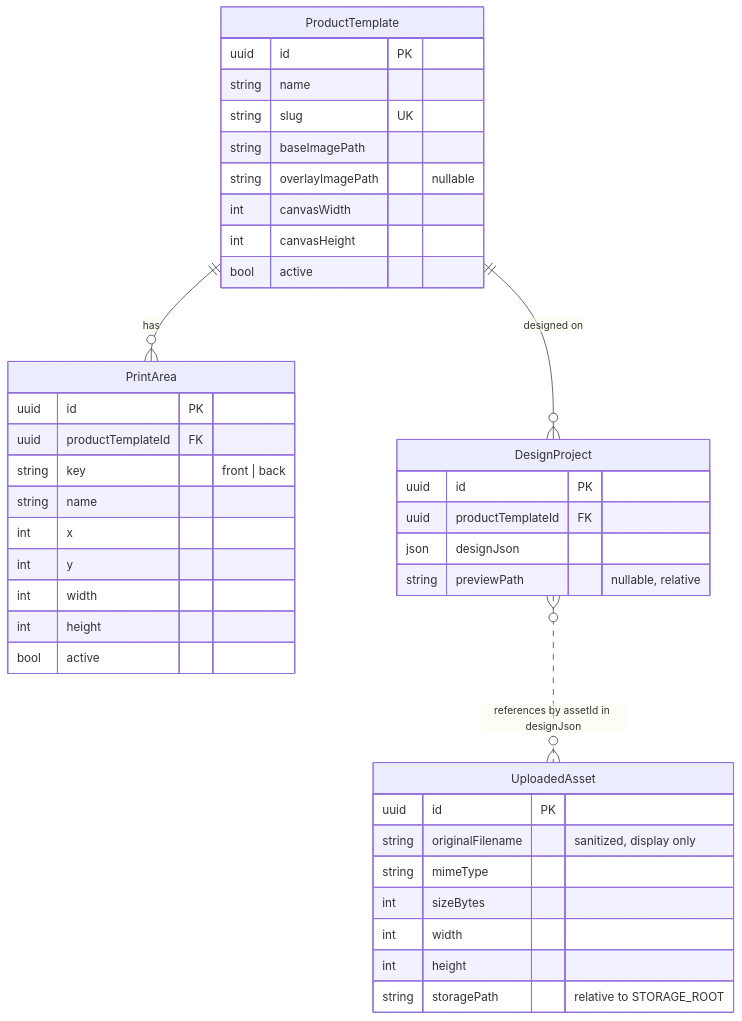
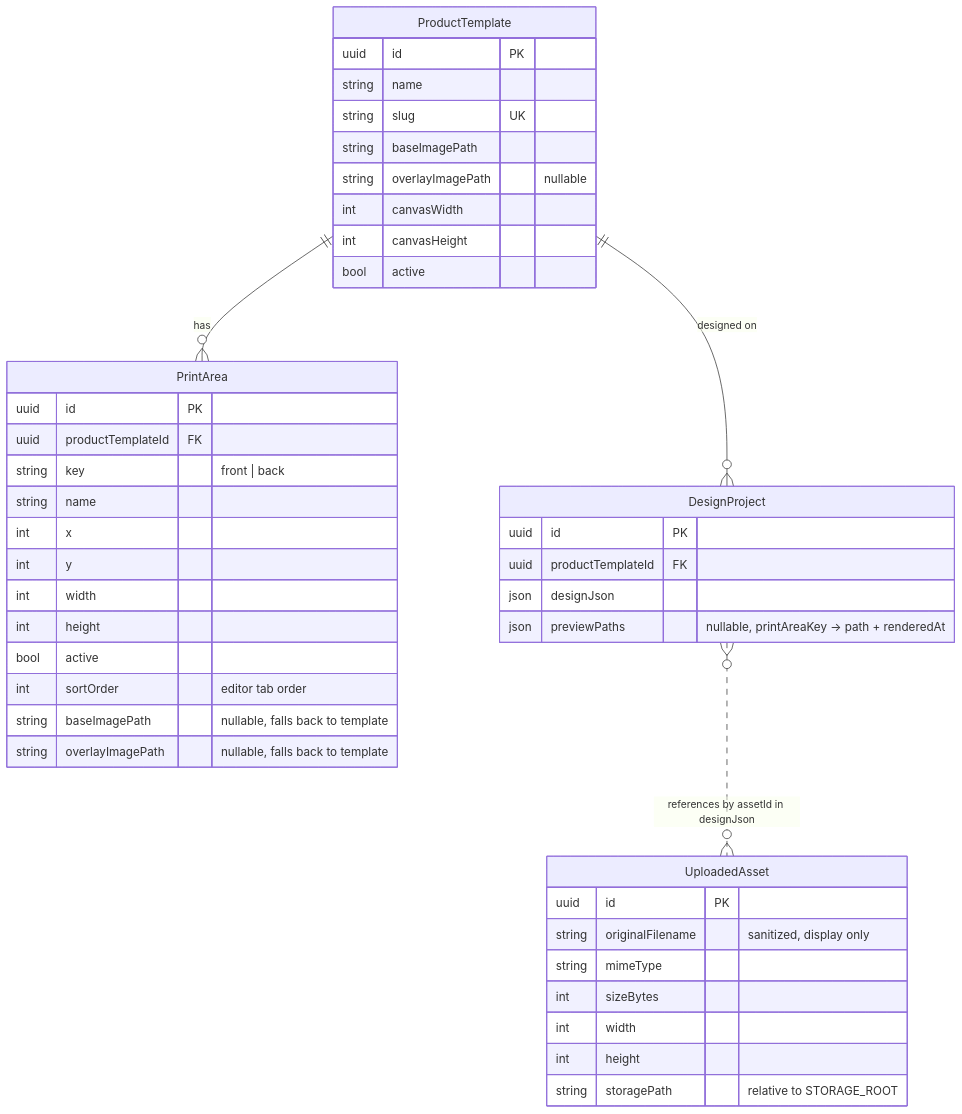
The second of 2 diagrams in docs/ARCHITECTURE.md (Mnourkh01/FoloPrint-design-studio), drawn with Mermaid before and after one commit. The commit also changed other lines of this file and 25 other files, not shown here.

First line of the commit message:
feat: support multi-area front back designs

````diff
--- a/docs/ARCHITECTURE.md
+++ b/docs/ARCHITECTURE.md
@@ -31,43 +31,46 @@
 ```mermaid
 erDiagram
     ProductTemplate ||--o{ PrintArea : has
     ProductTemplate ||--o{ DesignProject : "designed on"
     DesignProject }o..o{ UploadedAsset : "references by assetId in designJson"
 
     ProductTemplate {
         uuid id PK
         string name
         string slug UK
         string baseImagePath
         string overlayImagePath "nullable"
         int canvasWidth
         int canvasHeight
         bool active
     }
     PrintArea {
         uuid id PK
         uuid productTemplateId FK
         string key "front | back"
         string name
         int x
         int y
         int width
         int height
         bool active
+        int sortOrder "editor tab order"
+        string baseImagePath "nullable, falls back to template"
+        string overlayImagePath "nullable, falls back to template"
     }
     UploadedAsset {
         uuid id PK
         string originalFilename "sanitized, display only"
         string mimeType
         int sizeBytes
         int width
         int height
         string storagePath "relative to STORAGE_ROOT"
     }
     DesignProject {
         uuid id PK
         uuid productTemplateId FK
         json designJson
-        string previewPath "nullable, relative"
+        json previewPaths "nullable, printAreaKey -> path + renderedAt"
     }
 ```
````
